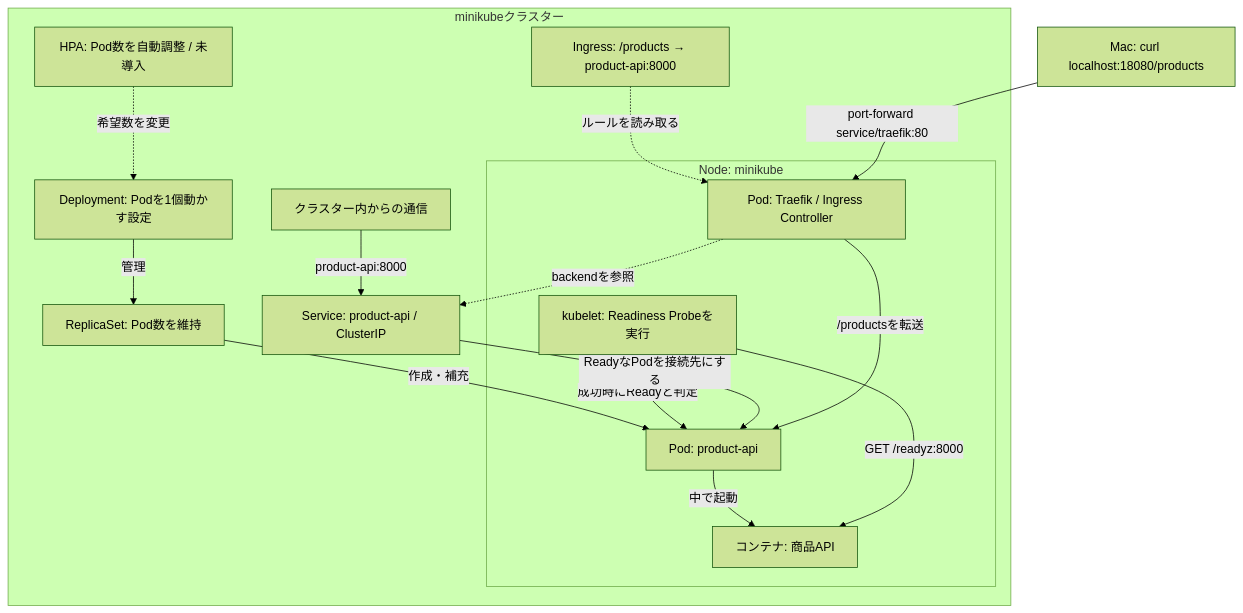
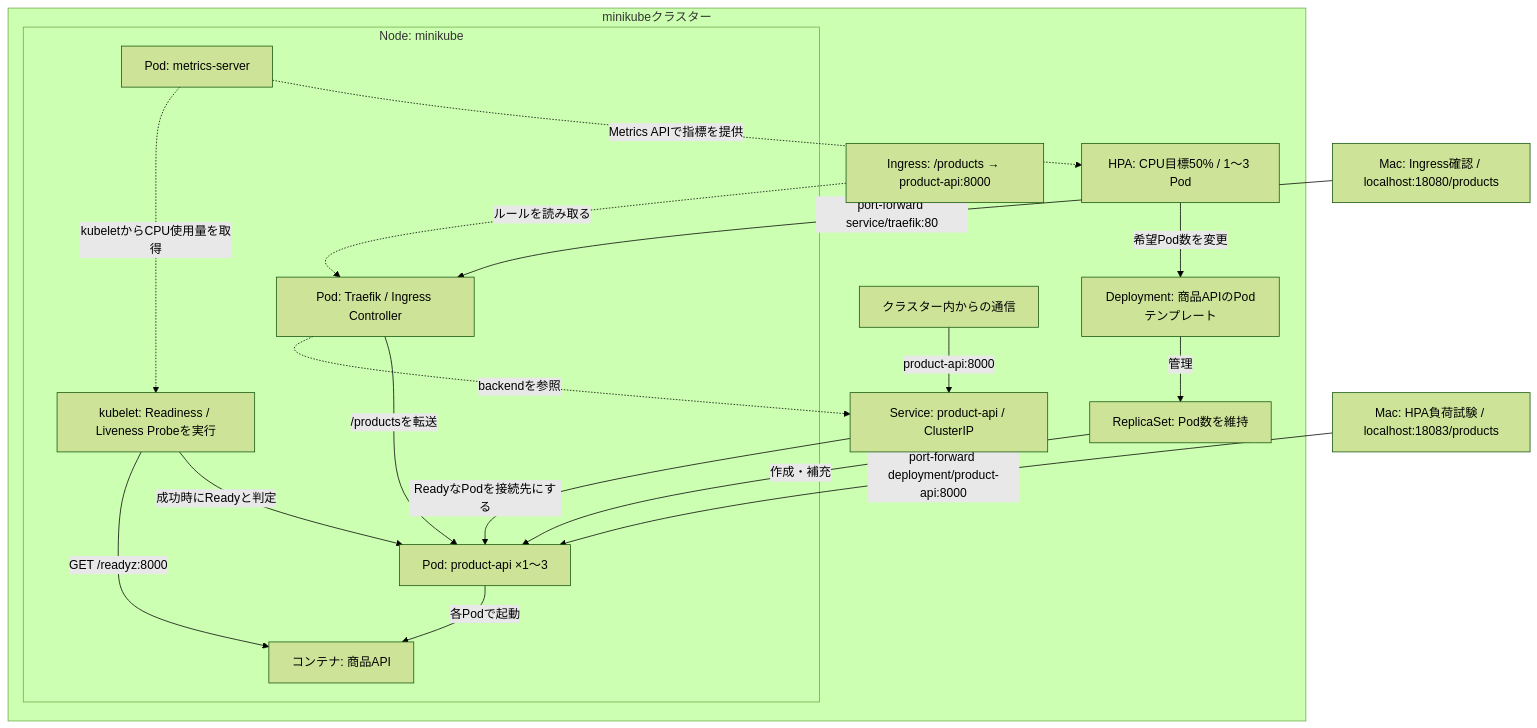
The diagram in docs/minikube商品APIの構成図.md (tikyuu/eks-platform-hands-on), drawn with Mermaid (forest theme) before and after one commit. The commit also changed other lines of this file, not shown here.

Commit message:
docs: 商品API構成図にHPAの動作を反映する

````diff
--- a/docs/minikube商品APIの構成図.md
+++ b/docs/minikube商品APIの構成図.md
@@ -3,24 +3,29 @@
 ```mermaid
 flowchart TD
-    M["Mac: curl localhost:18080/products"]
+    M["Mac: Ingress確認 / localhost:18080/products"]
+    L["Mac: HPA負荷試験 / localhost:18083/products"]
     subgraph K["minikubeクラスター"]
-        D["Deployment: Podを1個動かす設定"] -->|管理| R["ReplicaSet: Pod数を維持"]
+        D["Deployment: 商品APIのPodテンプレート"] -->|管理| R["ReplicaSet: Pod数を維持"]
         C["クラスター内からの通信"] -->|product-api:8000| S["Service: product-api / ClusterIP"]
         I["Ingress: /products → product-api:8000"]
-        H["HPA: Pod数を自動調整 / 未導入"]
+        H["HPA: CPU目標50% / 1〜3 Pod"]
         subgraph N["Node: minikube"]
-            KL["kubelet: Readiness Probeを実行"]
-            P["Pod: product-api"] -->|中で起動| A["コンテナ: 商品API"]
+            KL["kubelet: Readiness / Liveness Probeを実行"]
+            MS["Pod: metrics-server"]
+            P["Pod: product-api ×1〜3"] -->|各Podで起動| A["コンテナ: 商品API"]
             T["Pod: Traefik / Ingress Controller"]
         end
         R -->|作成・補充| P
         KL -->|GET /readyz:8000| A
         KL -->|成功時にReadyと判定| P
+        MS -. kubeletからCPU使用量を取得 .-> KL
+        MS -. Metrics APIで指標を提供 .-> H
         S -->|ReadyなPodを接続先にする| P
         I -. ルールを読み取る .-> T
-        H -. 希望数を変更 .-> D
+        H -->|希望Pod数を変更| D
         T -. backendを参照 .-> S
         T -->|/productsを転送| P
     end
     M -->|port-forward service/traefik:80| T
+    L -->|port-forward deployment/product-api:8000| P
 ```
````
